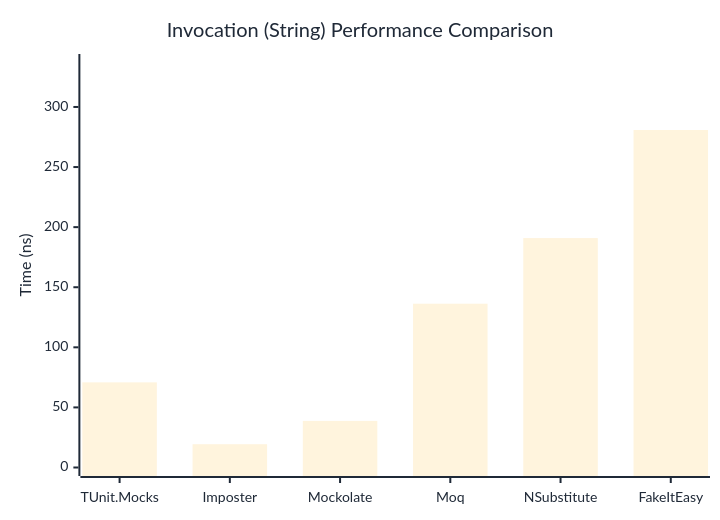
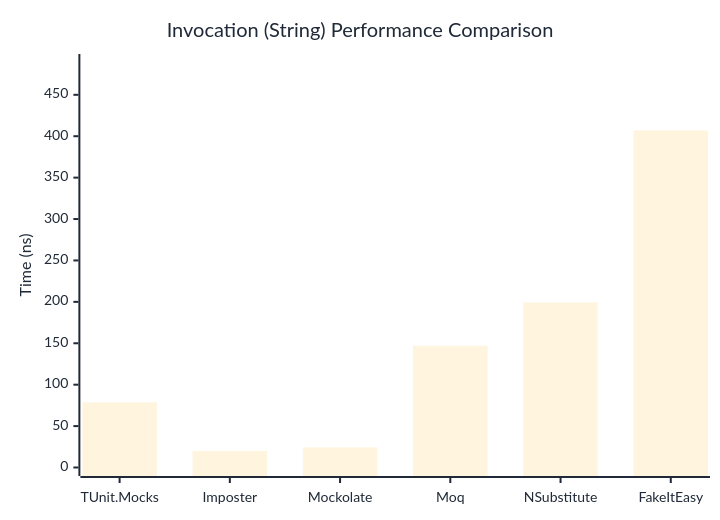
One commit to thomhurst/TUnit changed the third of 3 diagrams in docs/docs/benchmarks/mocks/Invocation.md. Above: the diagram before and after it, drawn with Mermaid. The commit also changed other lines of this file and 14 other files, not shown here.

````diff
--- a/docs/docs/benchmarks/mocks/Invocation.md
+++ b/docs/docs/benchmarks/mocks/Invocation.md
@@ -112,27 +112,27 @@
 ```mermaid
 %%{init: {
   'theme':'base',
   'themeVariables': {
     'primaryColor': '#2563eb',
     'primaryTextColor': '#1f2937',
     'primaryBorderColor': '#1e40af',
     'lineColor': '#6b7280',
     'secondaryColor': '#7c3aed',
     'tertiaryColor': '#dc2626',
     'background': '#ffffff',
     'pie1': '#2563eb',
     'pie2': '#7c3aed',
     'pie3': '#dc2626',
     'pie4': '#f59e0b',
     'pie5': '#10b981',
     'pie6': '#06b6d4',
     'pie7': '#ec4899',
     'pie8': '#6366f1'
   }
 }}%%
 xychart-beta
   title "Invocation (String) Performance Comparison"
   x-axis ["TUnit.Mocks", "Imposter", "Mockolate", "Moq", "NSubstitute", "FakeItEasy"]
-  y-axis "Time (ns)" 0 --> 337
-  bar [70.85, 19.38, 38.78, 136.3, 190.91, 280.81]
+  y-axis "Time (ns)" 0 --> 489
+  bar [78.71, 20.03, 24.32, 147.04, 199.26, 406.96]
 ```
````
